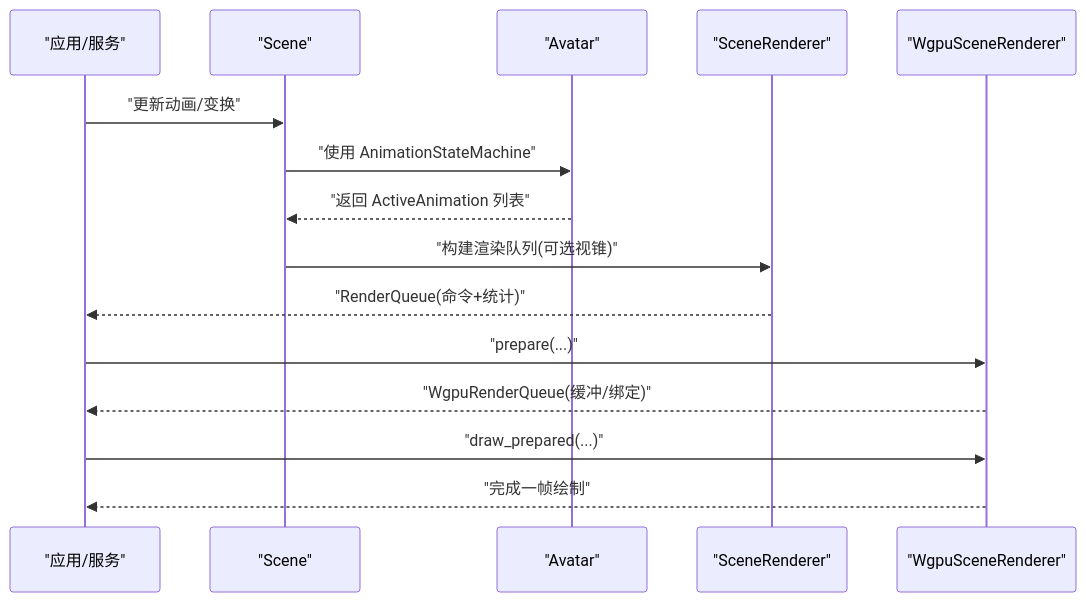
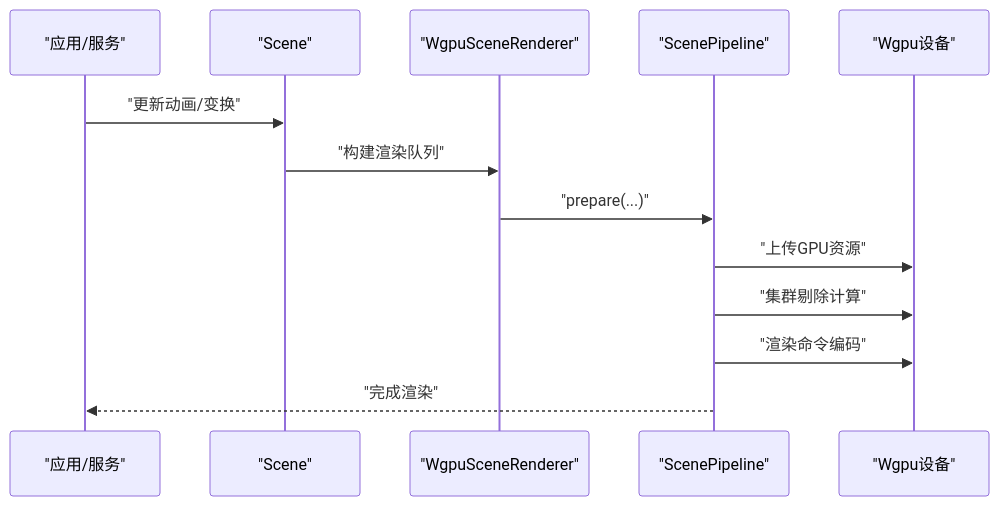
One commit to qianqians/geese changed the second of 7 diagrams in .qoder/repowiki/zh/content/扩展开发.md. Above: the diagram before and after it, drawn with Mermaid. The commit also changed other lines of this file and 23 other files, not shown here.

````diff
--- a/.qoder/repowiki/zh/content/扩展开发.md
+++ b/.qoder/repowiki/zh/content/扩展开发.md
@@ -143,17 +179,15 @@
 ```mermaid
 sequenceDiagram
 participant App as "应用/服务"
 participant Scene as "Scene"
-participant Avatar as "Avatar"
-participant Renderer as "SceneRenderer"
-participant GPU as "WgpuSceneRenderer"
+participant Renderer as "WgpuSceneRenderer"
+participant Pipeline as "ScenePipeline"
+participant GPU as "Wgpu设备"
 App->>Scene : "更新动画/变换"
-Scene->>Avatar : "使用 AnimationStateMachine"
-Avatar-->>Scene : "返回 ActiveAnimation 列表"
-Scene->>Renderer : "构建渲染队列(可选视锥)"
-Renderer-->>App : "RenderQueue(命令+统计)"
-App->>GPU : "prepare(...)"
-GPU-->>App : "WgpuRenderQueue(缓冲/绑定)"
-App->>GPU : "draw_prepared(...)"
-GPU-->>App : "完成一帧绘制"
+Scene->>Renderer : "构建渲染队列"
+Renderer->>Pipeline : "prepare(...)"
+Pipeline->>GPU : "上传GPU资源"
+Pipeline->>GPU : "集群剔除计算"
+Pipeline->>GPU : "渲染命令编码"
+Pipeline-->>App : "完成渲染"
 ```
````
